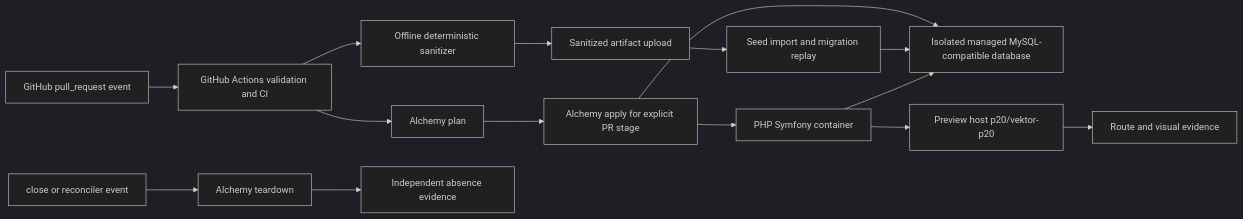
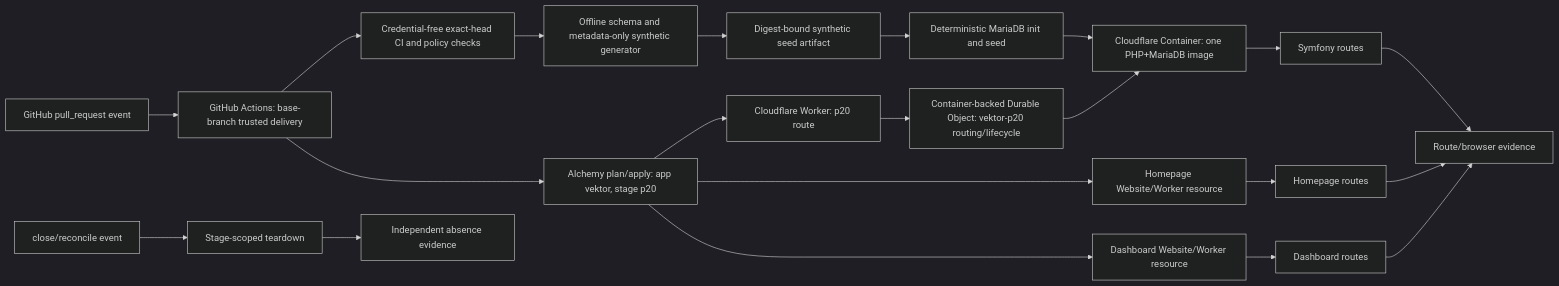
One commit to vektorprogrammet/mono-web changed the diagram in design-specs/0020-pr-preview-delivery.md. Above: the diagram before and after it, drawn with Mermaid (dark theme). The commit also changed other lines of this file, not shown here.

Commit message:
docs(spec): close preview delivery review gates

````diff
--- a/design-specs/0020-pr-preview-delivery.md
+++ b/design-specs/0020-pr-preview-delivery.md
@@ -91,17 +109,23 @@
 ```mermaid
 flowchart LR
-  E[GitHub pull_request event] --> A[GitHub Actions validation and CI]
-  A --> S[Offline deterministic sanitizer]
-  S --> U[Sanitized artifact upload]
-  A --> P[Alchemy plan]
-  P --> R[Alchemy apply for explicit PR stage]
-  R --> C[PHP Symfony container]
-  R --> D[Isolated managed MySQL-compatible database]
-  U --> I[Seed import and migration replay]
-  I --> D
-  C --> D
-  C --> H[Preview host p20/vektor-p20]
-  H --> B[Route and visual evidence]
-  X[close or reconciler event] --> T[Alchemy teardown]
+  E[GitHub pull_request event] --> A[GitHub Actions: base-branch trusted delivery]
+  A --> V[Credential-free exact-head CI and policy checks]
+  V --> S[Offline schema and metadata-only synthetic generator]
+  S --> U[Digest-bound synthetic seed artifact]
+  A --> P[Alchemy plan/apply: app vektor, stage p20]
+  P --> W[Cloudflare Worker: p20 route]
+  W --> O[Container-backed Durable Object: vektor-p20 routing/lifecycle]
+  O --> C[Cloudflare Container: one PHP+MariaDB image]
+  P --> H[Homepage Website/Worker resource]
+  P --> D[Dashboard Website/Worker resource]
+  U --> I[Deterministic MariaDB init and seed]
+  I --> C
+  C --> F[Symfony routes]
+  H --> R[Homepage routes]
+  D --> Q[Dashboard routes]
+  F --> B[Route/browser evidence]
+  R --> B
+  Q --> B
+  X[close/reconcile event] --> T[Stage-scoped teardown]
   T --> Z[Independent absence evidence]
 ```
````
